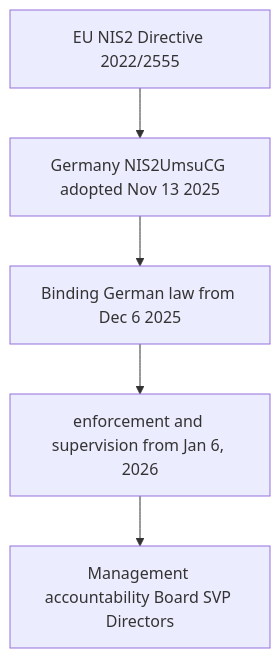
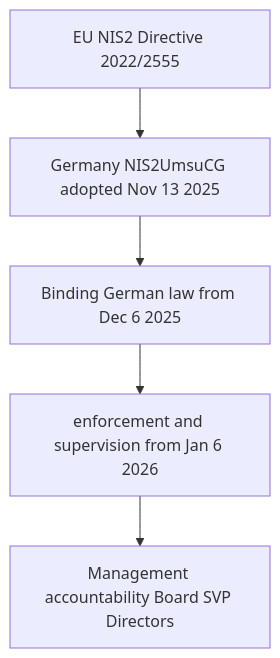
One commit to Mynkskhr/diehlmetering changed the diagram in docs/source/nis2-2026.rst. Above: the diagram before and after it, drawn with Mermaid.

```diff
--- a/docs/source/nis2-2026.rst
+++ b/docs/source/nis2-2026.rst
@@ -10,13 +10,13 @@
 .. mermaid::
 
    flowchart TB
        EU[EU NIS2 Directive 2022/2555]
        DE[Germany NIS2UmsuCG adopted Nov 13 2025]
        LAW[Binding German law from Dec 6 2025]
-       BSI[enforcement and supervision from Jan 6, 2026]
+       BSI[enforcement and supervision from Jan 6 2026]
        MGMT[Management accountability Board SVP Directors]
 
        EU --> DE
        DE --> LAW
        LAW --> BSI
        BSI --> MGMT
```
